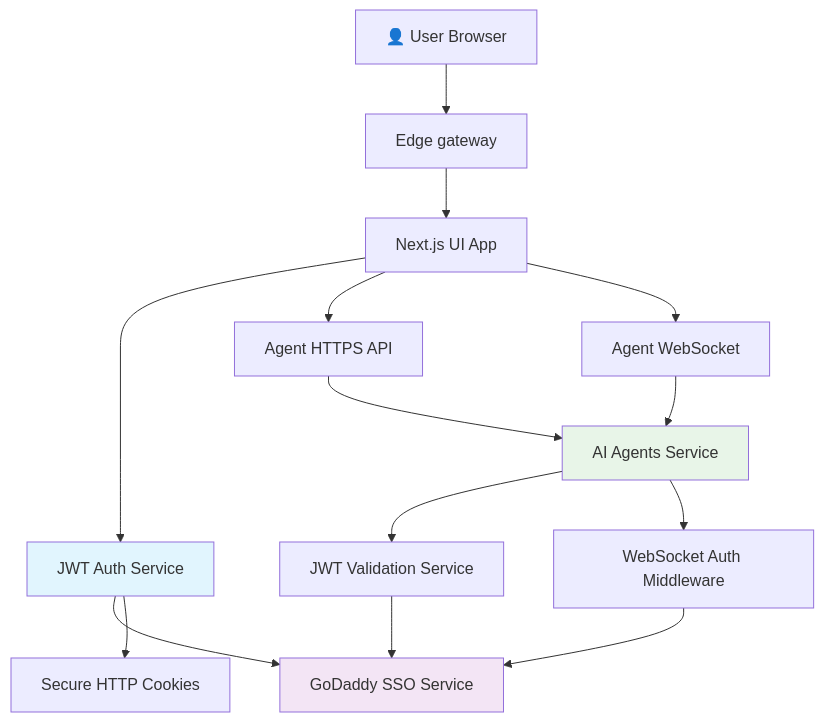
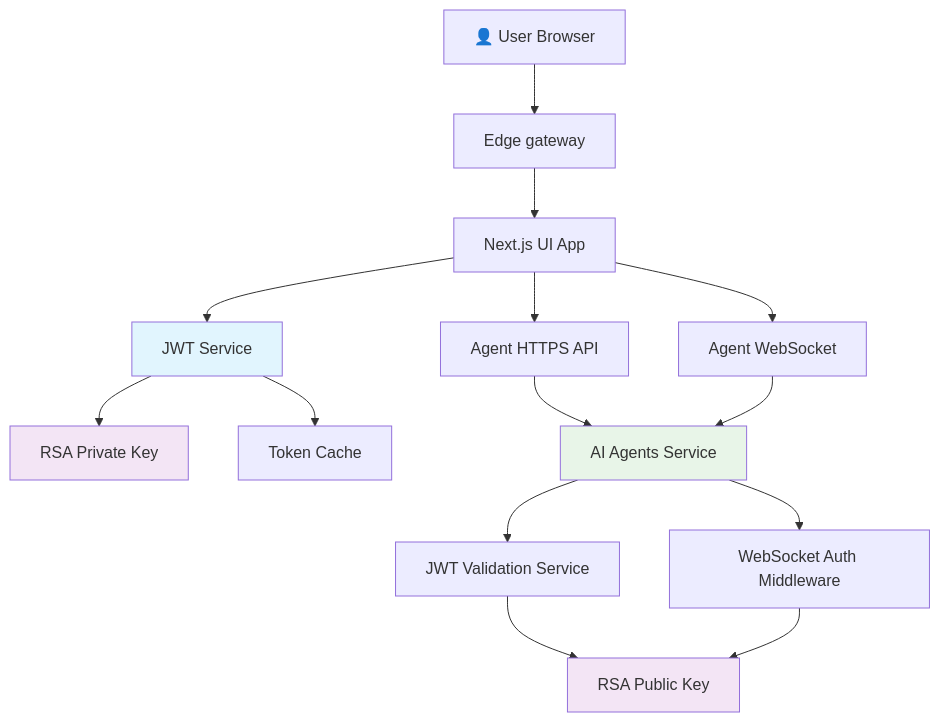
The first of 7 diagrams in docs/ui-agents-authentication-architecture.md (hsharif-godaddy/hackathon2026), drawn with Mermaid before and after one commit. The commit also changed other lines of this file and 37 other files, not shown here.

````diff
--- a/docs/ui-agents-authentication-architecture.md
+++ b/docs/ui-agents-authentication-architecture.md
@@ -38,25 +39,26 @@
 ```mermaid
 graph TB
     User[👤 User Browser] --> LB[Edge gateway]
     LB --> UI[Next.js UI App]
 
-    UI --> JWTAuth[JWT Auth Service]
-    JWTAuth --> SSO[GoDaddy SSO Service]
-    JWTAuth --> Cookies[Secure HTTP Cookies]
+    UI --> JWTService[JWT Service]
+    JWTService --> PrivateKey[RSA Private Key]
+    JWTService --> TokenCache[Token Cache]
 
     UI --> AgentHTTPS[Agent HTTPS API]
     UI --> AgentWS[Agent WebSocket]
 
     AgentHTTPS --> Agents[AI Agents Service]
     AgentWS --> Agents
 
     Agents --> JWTValidator[JWT Validation Service]
     Agents --> WSAuth[WebSocket Auth Middleware]
 
-    JWTValidator --> SSO
-    WSAuth --> SSO
+    JWTValidator --> PublicKey[RSA Public Key]
+    WSAuth --> PublicKey
 
-    style JWTAuth fill:#e1f5fe
-    style SSO fill:#f3e5f5
+    style JWTService fill:#e1f5fe
+    style PublicKey fill:#f3e5f5
+    style PrivateKey fill:#f3e5f5
     style Agents fill:#e8f5e8
 ```
````
